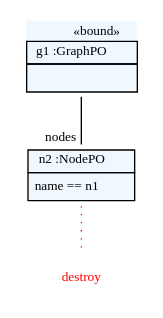
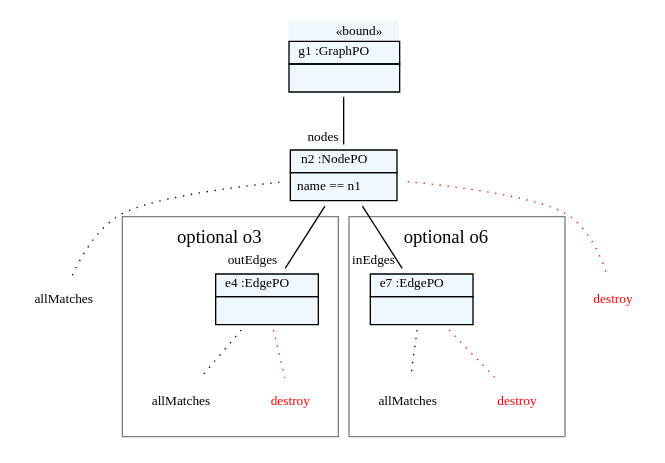
Before and after one commit to fujaba/SDMLib: the diagram in doc/deleteNodeWithNameN1_nodeN1.dot, drawn with Graphviz. The commit also changed 29 other files, not shown here.

```diff
--- a/doc/deleteNodeWithNameN1_nodeN1.dot
+++ b/doc/deleteNodeWithNameN1_nodeN1.dot
@@ -1,11 +1,39 @@
 graph ObjectDiagram {
    node [shape = none, fontsize = 10];
    edge [fontsize = 10];
 
 g1 [label=<<table border='0' cellborder='1' cellspacing='0' color='black' bgcolor='aliceblue'> <tr> <td border='0' align='right'><font color='black'>&laquo;bound&raquo;</font></td></tr> <tr> <td align='center'> <font color='black'> g1 :GraphPO </font></td></tr> <tr> <td align='left'> <table border='0' cellborder='0' cellspacing='0' color='black'> <tr> <td>  </td></tr></table></td></tr></table>>];
 n2 [label=<<table border='0' cellborder='1' cellspacing='0' color='black' bgcolor='aliceblue'>  <tr> <td align='center'> <font color='black'> n2 :NodePO </font></td></tr> <tr> <td align='left'> <table border='0' cellborder='0' cellspacing='0' color='black'> <tr><td><font color='black'> name == n1 </font></td></tr></table></td></tr></table>>];
-d3 [label="destroy" fontcolor="red"]
+allMatches_n2 [label=allMatches];
+subgraph cluster_o3 
+{
+   label=<<table border='0' cellborder='0'><tr><td>optional o3</td></tr></table>>;
+   color=grey;
 
-n2 -- d3 [style="dotted" color="red" fontcolor="red"];
+e4 [label=<<table border='0' cellborder='1' cellspacing='0' color='black' bgcolor='aliceblue'>  <tr> <td align='center'> <font color='black'> e4 :EdgePO </font></td></tr> <tr> <td align='left'> <table border='0' cellborder='0' cellspacing='0' color='black'> <tr> <td>  </td></tr></table></td></tr></table>>];
+allMatches_e4 [label=allMatches];
+d5 [label="destroy" fontcolor="red"]
+}
+
+subgraph cluster_o6 
+{
+   label=<<table border='0' cellborder='0'><tr><td>optional o6</td></tr></table>>;
+   color=grey;
+
+e7 [label=<<table border='0' cellborder='1' cellspacing='0' color='black' bgcolor='aliceblue'>  <tr> <td align='center'> <font color='black'> e7 :EdgePO </font></td></tr> <tr> <td align='left'> <table border='0' cellborder='0' cellspacing='0' color='black'> <tr> <td>  </td></tr></table></td></tr></table>>];
+allMatches_e7 [label=allMatches];
+d8 [label="destroy" fontcolor="red"]
+}
+
+d9 [label="destroy" fontcolor="red"]
+
+n2 -- allMatches_n2 [style="dotted"];
+e4 -- allMatches_e4 [style="dotted"];
+e4 -- d5 [style="dotted" color="red" fontcolor="red"];
+e7 -- allMatches_e7 [style="dotted"];
+e7 -- d8 [style="dotted" color="red" fontcolor="red"];
+n2 -- d9 [style="dotted" color="red" fontcolor="red"];
 g1 -- n2 [headlabel = "nodes" taillabel = "" color="black" fontcolor="black"];
+n2 -- e4 [headlabel = "outEdges" taillabel = "" color="black" fontcolor="black"];
+n2 -- e7 [headlabel = "inEdges" taillabel = "" color="black" fontcolor="black"];
 }
```
